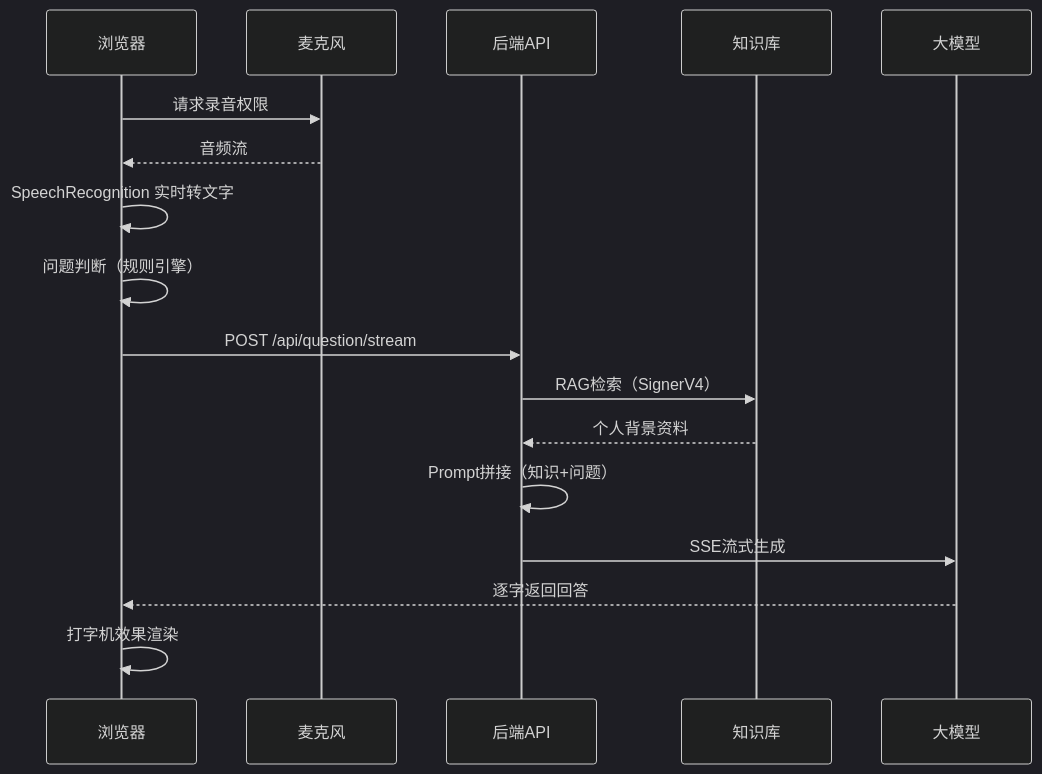
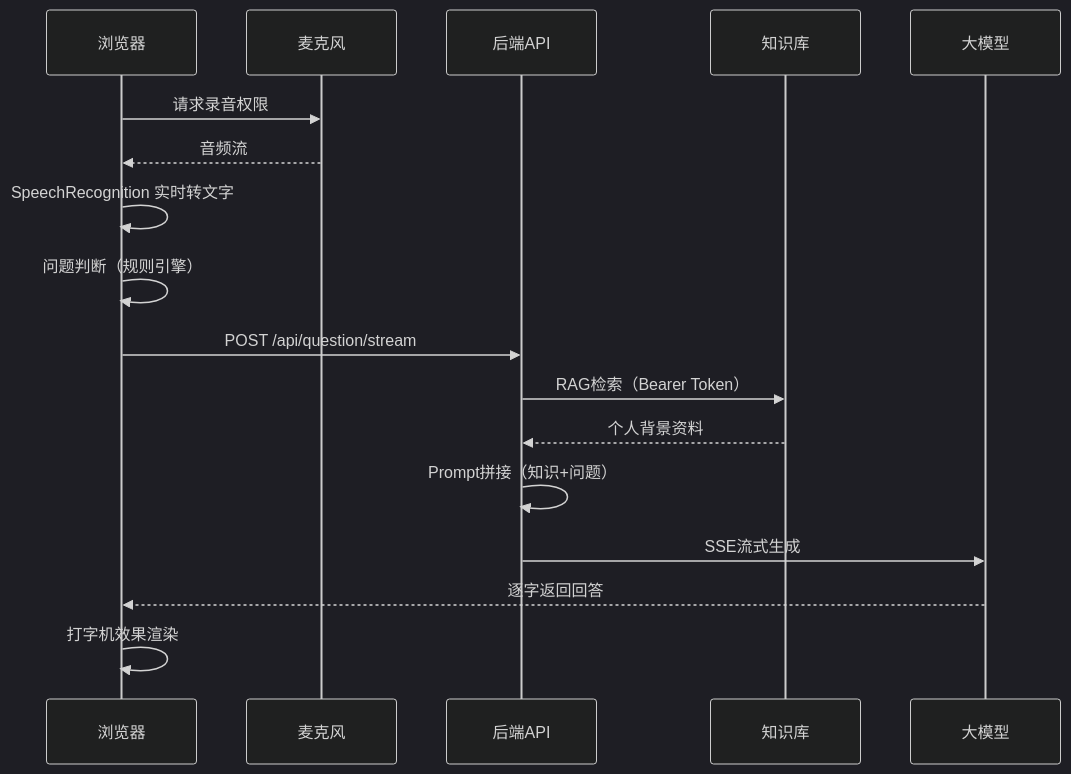
Before and after one commit to siYuanJun/interview-tiger: the diagram in README.md, drawn with Mermaid (dark theme). The commit also changed other lines of this file and 5 other files, not shown here.

````diff
--- a/README.md
+++ b/README.md
@@ -104,20 +104,20 @@
 ```mermaid
 sequenceDiagram
     participant 浏览器
     participant 麦克风
     participant 后端API
     participant 知识库
     participant 大模型
 
     浏览器->>麦克风: 请求录音权限
     麦克风-->>浏览器: 音频流
     浏览器->>浏览器: SpeechRecognition 实时转文字
     浏览器->>浏览器: 问题判断（规则引擎）
     浏览器->>后端API: POST /api/question/stream
-    后端API->>知识库: RAG检索（SignerV4）
+    后端API->>知识库: RAG检索（Bearer Token）
     知识库-->>后端API: 个人背景资料
     后端API->>后端API: Prompt拼接（知识+问题）
     后端API->>大模型: SSE流式生成
     大模型-->>浏览器: 逐字返回回答
     浏览器->>浏览器: 打字机效果渲染
 ```
````
